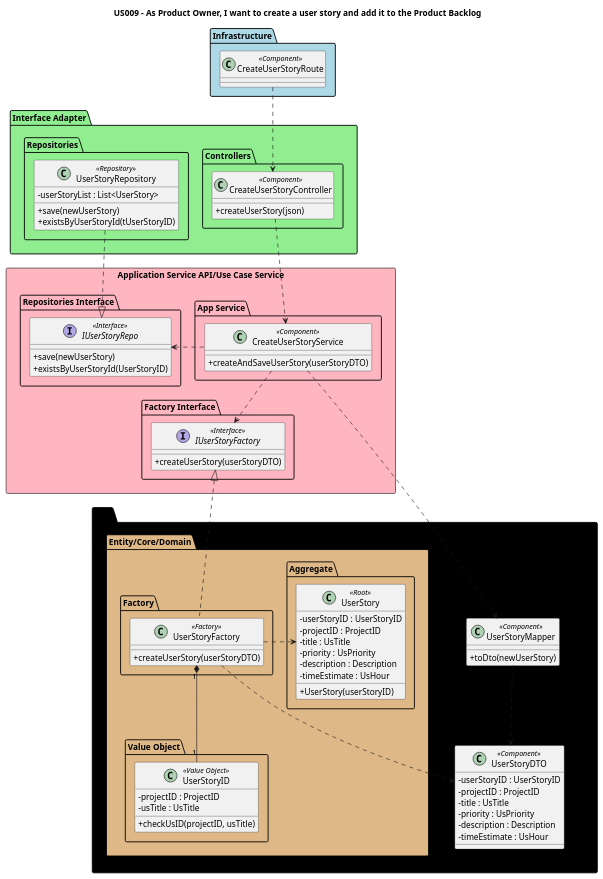
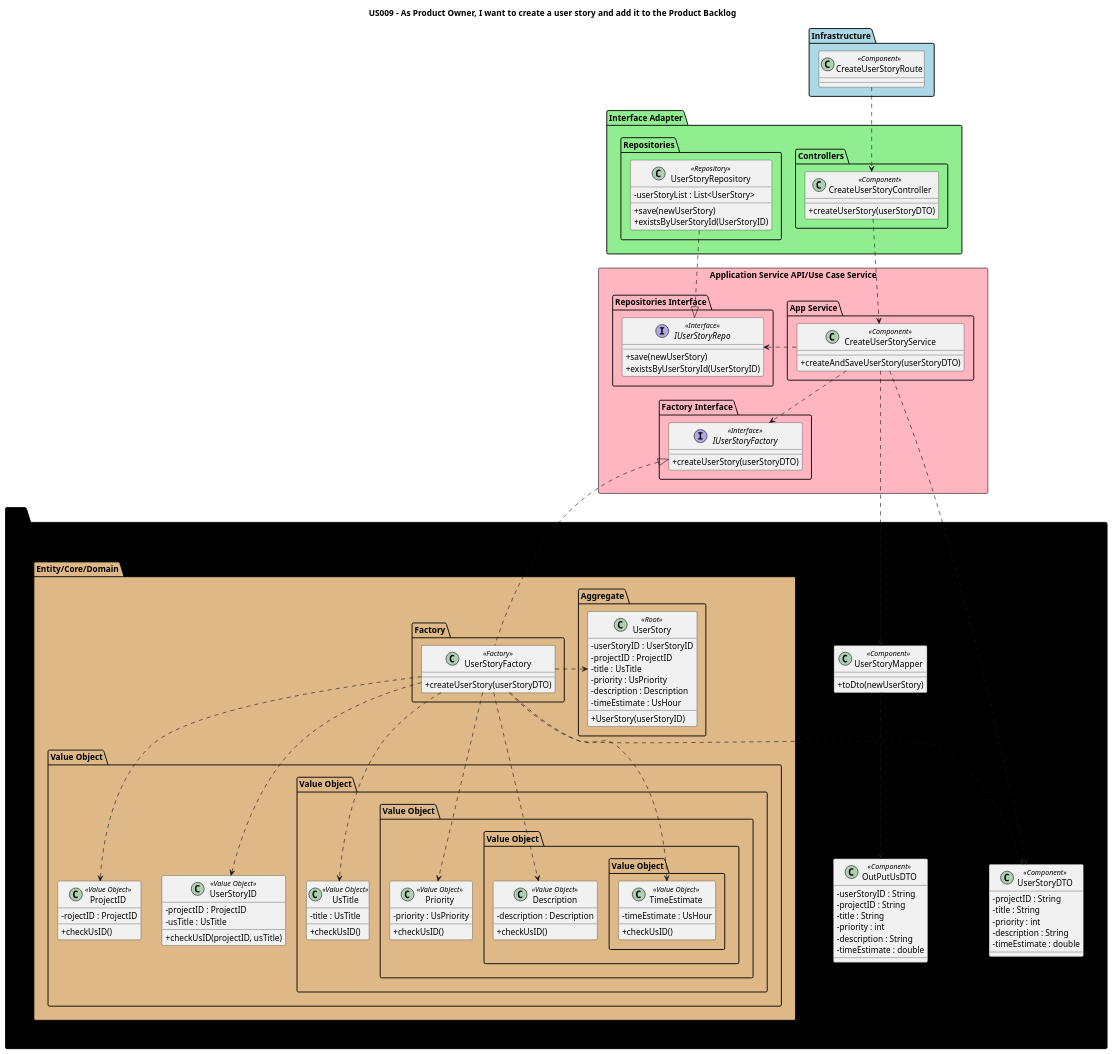
The diagram in docs/Sprint1/US009/US009RE-CD.puml (nunogon1211787/projectManagement), drawn with PlantUML before and after one commit. The commit also changed 22 other files, not shown here.

```diff
--- a/docs/Sprint1/US009/US009RE-CD.puml
+++ b/docs/Sprint1/US009/US009RE-CD.puml
@@ -1,145 +1,157 @@
 @startuml
 'https://plantuml.com/class-diagram
 
 'hide circle
 skinparam classAttributeIconSize 0
 
 title US009 - As Product Owner, I want to create a user story and add it to the Product Backlog
 
 skinparam classAttributeIconSize 0
 
 package "Infrastructure" <<Folder>> #lightblue  {
 class "CreateUserStoryRoute" as route << Component >>
 }
 
 package "Interface Adapter" <<Folder>> #lightgreen {
 package "Controllers" <<Folder>>{
 class "CreateUserStoryController" as ctrl << Component >> {
-+createUserStory(json)
++createUserStory(userStoryDTO)
 }
 }
 package "Repositories" <<Folder>>{
 class "UserStoryRepository" as store << Repository >> {
 -userStoryList : List<UserStory>
 + save(newUserStory)
-+ existsByUserStoryId(tUserStoryID)
++ existsByUserStoryId(UserStoryID)
 '- add(newUserStory)
 }
 }
 }
 
 package "Application Service API/Use Case Service" <<Rectangle>> #lightpink{
 package "App Service" <<Folder>>{
 class "CreateUserStoryService" as service << Component >> {
 +createAndSaveUserStory(userStoryDTO)
 }
 }
 package "Repositories Interface" <<Folder>>{
 interface "IUserStoryRepo" as repo << Interface >>{
 + save(newUserStory)
 + existsByUserStoryId(UserStoryID)
 }
 }
 package "Factory Interface" <<Folder>>{
 interface "IUserStoryFactory" as factoryInterface << Interface >>{
 +createUserStory(userStoryDTO)
 }
 }
 }
 package "DTO" <<Folder>> #black {
 package "UserStoryDTO" <<Folder>>{
 class "UserStoryDTO" as dto << Component >> {
-- userStoryID : UserStoryID
-- projectID : ProjectID
-- title : UsTitle
-- priority : UsPriority
-- description : Description
-- timeEstimate : UsHour
+- projectID : String
+- title : String
+- priority : int
+- description : String
+- timeEstimate : double
 }
 }
 
 package "DTO" <<Folder>> {
 package "UserStoryMapper" <<Folder>>{
 class "UserStoryMapper" as mapper << Component >> {
 + toDto(newUserStory)
 }
 }
+package "DTO" <<Folder>>  {
+package "OutPutUsDTO" <<Folder>>{
+class "OutPutUsDTO" as outdto << Component >> {
+- userStoryID : String
+- projectID : String
+- title : String
+- priority : int
+- description : String
+- timeEstimate : double
+}
+}
+
 }
 
 package "Entity/Core/Domain" <<Folder>> #burlywood{
 package "Aggregate" <<Folder>>{
 class "UserStory" as userStory << Root >> {
 - userStoryID : UserStoryID
 - projectID : ProjectID
 - title : UsTitle
 - priority : UsPriority
 - description : Description
 - timeEstimate : UsHour
 + UserStory(userStoryID)
 }
 }
 package "Factory" <<Folder>>{
 class "UserStoryFactory" as userStoryF << Factory >> {
 +createUserStory(userStoryDTO)
 }
 }
 package "Value Object" <<Folder>>{
 class "UserStoryID" as usID << Value Object >> {
 -projectID : ProjectID
 -usTitle : UsTitle
 +checkUsID(projectID, usTitle)
 }
 }
-'package "Value Object" <<Folder>>{
-'class "ProjectID" as projID << Value Object >> {
-'-rojectID : ProjectID
-'+checkUsID()
-'}
+package "Value Object" <<Folder>>{
+class "ProjectID" as projID << Value Object >> {
+-rojectID : ProjectID
++checkUsID()
+}
 
-'package "Value Object" <<Folder>>{
-'class "UsTitle" as usTitle << Value Object >> {
-'- title : UsTitle
-'+checkUsID()
-'}
+package "Value Object" <<Folder>>{
+class "UsTitle" as usTitle << Value Object >> {
+- title : UsTitle
++checkUsID()
+}
 
-'package "Value Object" <<Folder>>{
-'class "Priority" as priority << Value Object >> {
-'-priority : UsPriority
-'+checkUsID()
-'}
-'
-'package "Value Object" <<Folder>>{
-'class "Description" as desc << Value Object >> {
-'-description : Description
-'+checkUsID()
-'}
-'
-'package "Value Object" <<Folder>>{
-'class "TimeEstimate" as time << Value Object >> {
-'-timeEstimate : UsHour
-'+checkUsID()
-'}
+package "Value Object" <<Folder>>{
+class "Priority" as priority << Value Object >> {
+-priority : UsPriority
++checkUsID()
+}
+
+package "Value Object" <<Folder>>{
+class "Description" as desc << Value Object >> {
+-description : Description
++checkUsID()
+}
+
+package "Value Object" <<Folder>>{
+class "TimeEstimate" as time << Value Object >> {
+-timeEstimate : UsHour
++checkUsID()
+}
 
 
 route ..> ctrl
 'ctrl..> mapper'
 ctrl..> service
 'mapper..> dto
 store..|> repo
 service..> mapper
-mapper..>dto
+service..> dto
+mapper..>outdto
 userStoryF..> dto
 service..> factoryInterface
 service..left> repo
-userStoryF"1"*-d-"1" usID
-'userStoryF..>projID
-'userStoryF..>usTitle
-'userStoryF..>priority
-'userStoryF..>time
-'userStoryF..>desc
+userStoryF..> usID
+userStoryF..>projID
+userStoryF..>usTitle
+userStoryF..>priority
+userStoryF..up>time
+userStoryF..>desc
 userStoryF..right>userStory
 userStoryF..up|>factoryInterface
 
 
 
 @enduml
```
